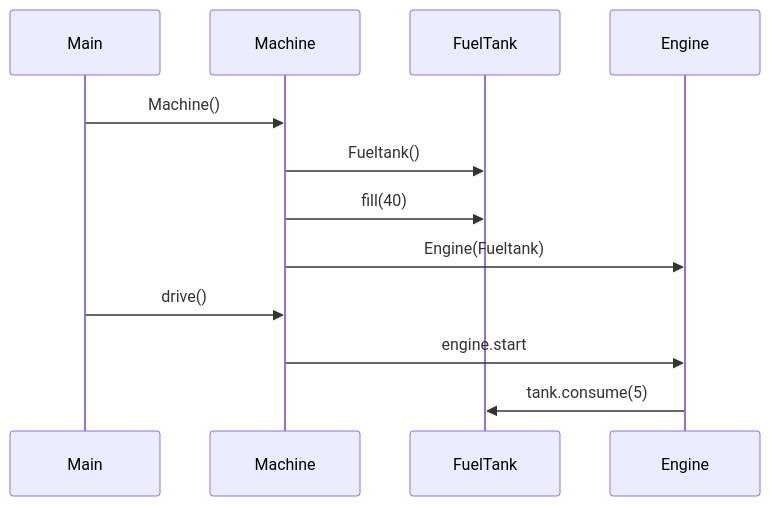
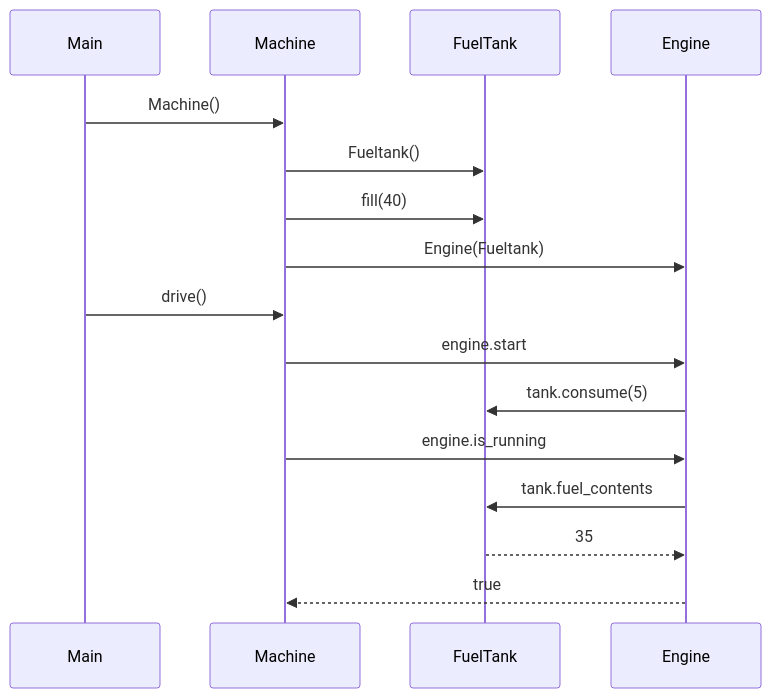
The diagram in laskarit/viikko3/machine.md (Nanotiike/ot-harjoitustyo), drawn with Mermaid before and after one commit.

````diff
--- a/laskarit/viikko3/machine.md
+++ b/laskarit/viikko3/machine.md
@@ -1,15 +1,18 @@
 ```mermaid
 sequenceDiagram
    participant X as Main
    participant M as Machine
    participant F as FuelTank
    participant E as Engine
    X ->> M: Machine()
    M ->> F: Fueltank()
    M ->> F: fill(40)
    M ->> E: Engine(Fueltank)
    X ->> M: drive()
    M ->> E: engine.start
    E ->> F: tank.consume(5)
-   
+   M ->> E: engine.is_running
+   E ->> F: tank.fuel_contents
+   F -->> E: 35
+   E -->> M: true
 ```
````
